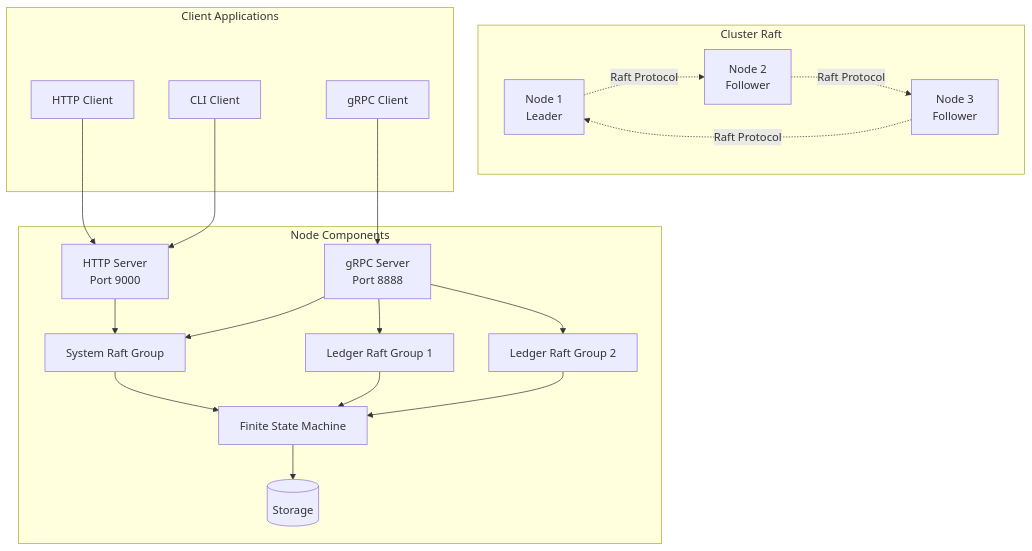
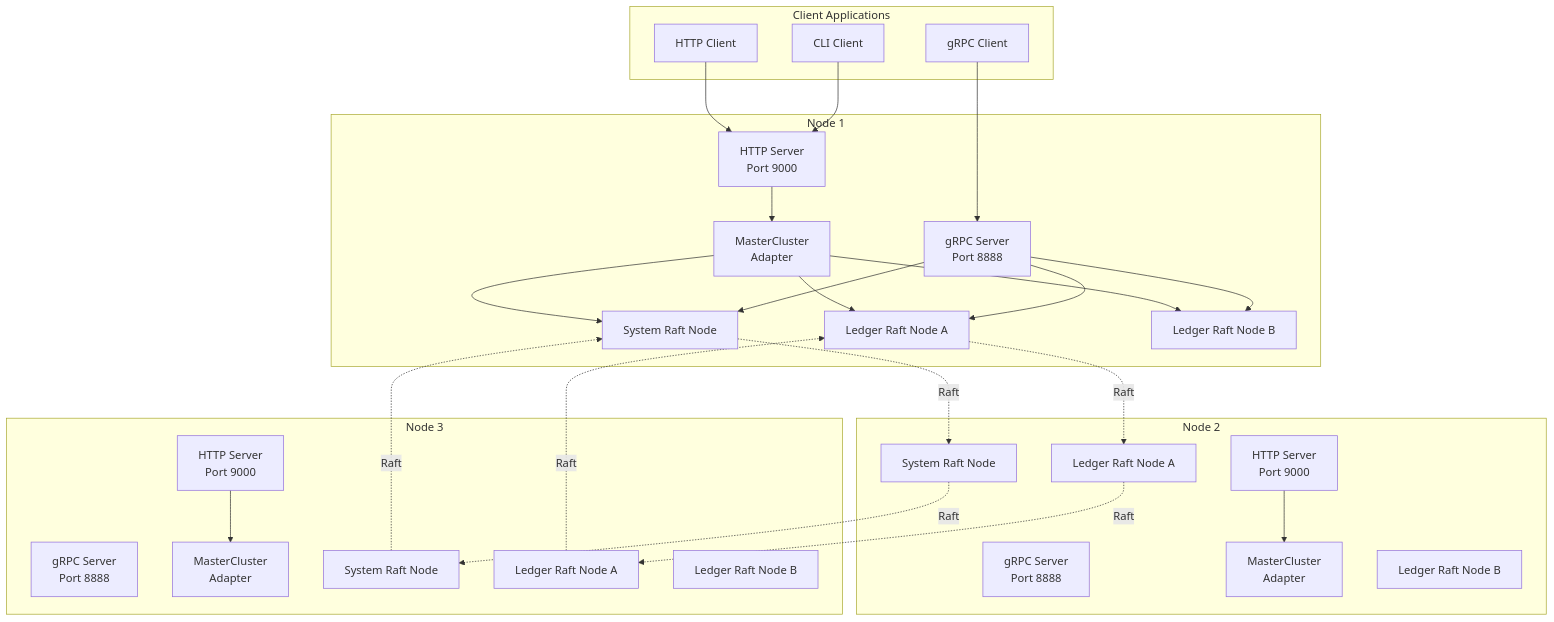
One commit to formancehq/ledger changed the first of 6 diagrams in docs/architecture.md. Above: the diagram before and after it, drawn with Mermaid. The commit also changed other lines of this file and 11 other files, not shown here.

````diff
--- a/docs/architecture.md
+++ b/docs/architecture.md
@@ -9,43 +9,59 @@
 ```mermaid
 graph TB
-    subgraph "Cluster Raft"
-        Node1[Node 1<br/>Leader]
-        Node2[Node 2<br/>Follower]
-        Node3[Node 3<br/>Follower]
-    end
-    
     subgraph "Client Applications"
         HTTPClient[HTTP Client]
         GRPCClient[gRPC Client]
         CLIClient[CLI Client]
     end
     
-    subgraph "Node Components"
-        HTTPServer[HTTP Server<br/>Port 9000]
-        GRPCServer[gRPC Server<br/>Port 8888]
-        SystemRaft[System Raft Group]
-        LedgerRaft1[Ledger Raft Group 1]
-        LedgerRaft2[Ledger Raft Group 2]
-        FSM[Finite State Machine]
-        Storage[(Storage)]
+    subgraph "Node 1"
+        HTTPServer1[HTTP Server<br/>Port 9000]
+        GRPCServer1[gRPC Server<br/>Port 8888]
+        MasterCluster1[MasterCluster<br/>Adapter]
+        SystemNode1[System Raft Node]
+        LedgerNode1A[Ledger Raft Node A]
+        LedgerNode1B[Ledger Raft Node B]
     end
     
-    HTTPClient --> HTTPServer
-    GRPCClient --> GRPCServer
-    CLIClient --> HTTPServer
+    subgraph "Node 2"
+        HTTPServer2[HTTP Server<br/>Port 9000]
+        GRPCServer2[gRPC Server<br/>Port 8888]
+        MasterCluster2[MasterCluster<br/>Adapter]
+        SystemNode2[System Raft Node]
+        LedgerNode2A[Ledger Raft Node A]
+        LedgerNode2B[Ledger Raft Node B]
+    end
     
-    HTTPServer --> SystemRaft
-    GRPCServer --> SystemRaft
-    GRPCServer --> LedgerRaft1
-    GRPCServer --> LedgerRaft2
+    subgraph "Node 3"
+        HTTPServer3[HTTP Server<br/>Port 9000]
+        GRPCServer3[gRPC Server<br/>Port 8888]
+        MasterCluster3[MasterCluster<br/>Adapter]
+        SystemNode3[System Raft Node]
+        LedgerNode3A[Ledger Raft Node A]
+        LedgerNode3B[Ledger Raft Node B]
+    end
     
-    SystemRaft --> FSM
-    LedgerRaft1 --> FSM
-    LedgerRaft2 --> FSM
+    HTTPClient --> HTTPServer1
+    GRPCClient --> GRPCServer1
+    CLIClient --> HTTPServer1
     
-    FSM --> Storage
+    HTTPServer1 --> MasterCluster1
+    HTTPServer2 --> MasterCluster2
+    HTTPServer3 --> MasterCluster3
     
-    Node1 -.Raft Protocol.-> Node2
-    Node2 -.Raft Protocol.-> Node3
-    Node3 -.Raft Protocol.-> Node1
+    MasterCluster1 --> SystemNode1
+    MasterCluster1 --> LedgerNode1A
+    MasterCluster1 --> LedgerNode1B
+    
+    GRPCServer1 --> SystemNode1
+    GRPCServer1 --> LedgerNode1A
+    GRPCServer1 --> LedgerNode1B
+    
+    SystemNode1 -.Raft.-> SystemNode2
+    SystemNode2 -.Raft.-> SystemNode3
+    SystemNode3 -.Raft.-> SystemNode1
+    
+    LedgerNode1A -.Raft.-> LedgerNode2A
+    LedgerNode2A -.Raft.-> LedgerNode3A
+    LedgerNode3A -.Raft.-> LedgerNode1A
 ```
````
